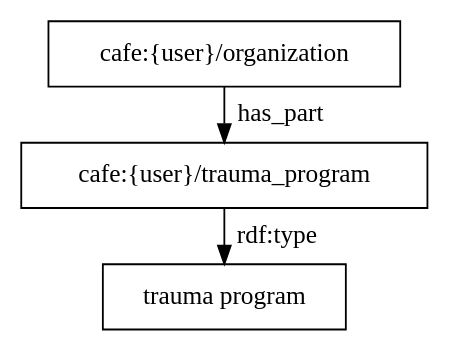
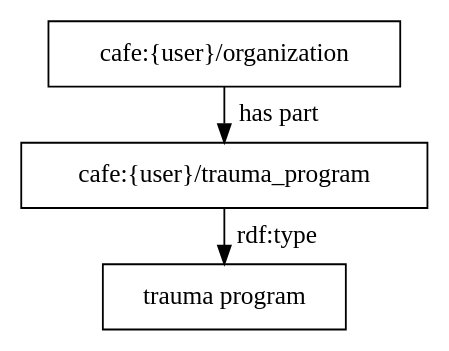
The diagram in cafe/graphs/1.dot (utecht/dideo-server), drawn with Graphviz before and after one commit. The commit also changed 9 other files, not shown here.

Commit message:
update generate graphs to remove fake predicates

```diff
--- a/cafe/graphs/1.dot
+++ b/cafe/graphs/1.dot
@@ -1,5 +1,5 @@
 digraph g { node [shape=rectangle];
 graph [splines=true, nodesep=.5, ranksep=0, overlap=false];
-"cafe:{user}/organization" -> "cafe:{user}/trauma_program" [label="has_part"]
+"cafe:{user}/organization" -> "cafe:{user}/trauma_program" [label="has part"]
 "cafe:{user}/trauma_program" -> "trauma program" [label="rdf:type"]
 }
```
